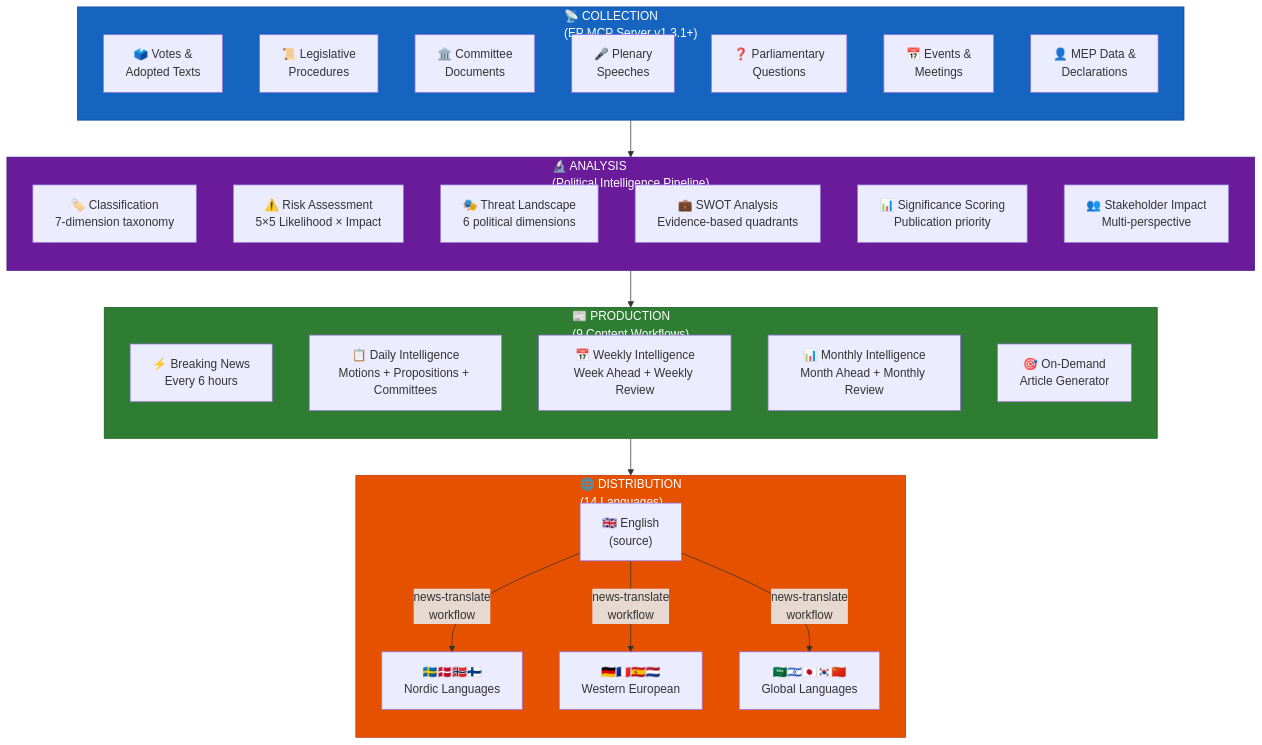
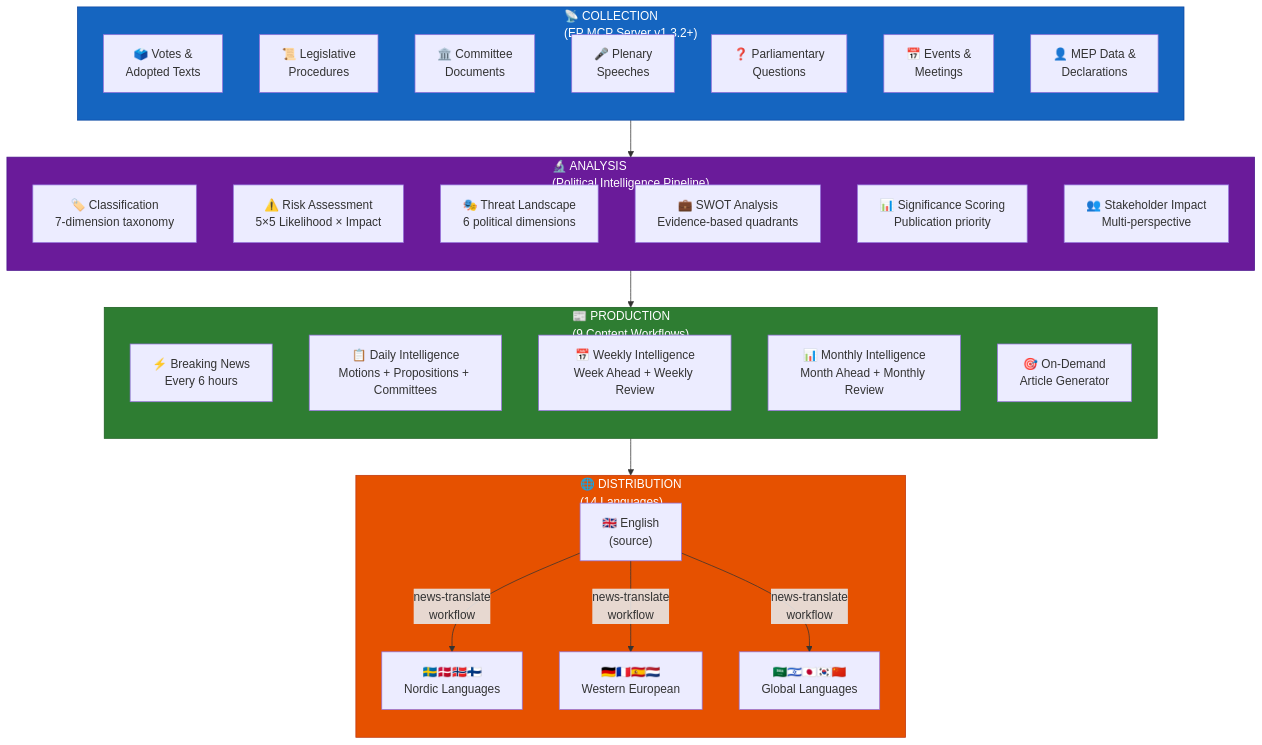
Before and after one commit to Hack23/euparliamentmonitor: diagram 19 of 22 in WORKFLOWS.md, drawn with Mermaid. The commit also changed other lines of this file and 49 other files, not shown here.

First line of the commit message:
docs: bump european-parliament-mcp-server pin to 1.3.2 across workflows, MCP clients, tests, and docs

````diff
--- a/WORKFLOWS.md
+++ b/WORKFLOWS.md
@@ -2032,48 +2032,48 @@
 ```mermaid
 flowchart TD
-    subgraph Collection["📡 COLLECTION<br/>(EP MCP Server v1.3.1+)"]
+    subgraph Collection["📡 COLLECTION<br/>(EP MCP Server v1.3.2+)"]
         direction TB
         C1["🗳️ Votes &<br/>Adopted Texts"]
         C2["📜 Legislative<br/>Procedures"]
         C3["🏛️ Committee<br/>Documents"]
         C4["🎤 Plenary<br/>Speeches"]
         C5["❓ Parliamentary<br/>Questions"]
         C6["📅 Events &<br/>Meetings"]
         C7["👤 MEP Data &<br/>Declarations"]
     end
 
     subgraph Analysis["🔬 ANALYSIS<br/>(Political Intelligence Pipeline)"]
         direction TB
         A1["🏷️ Classification<br/>7-dimension taxonomy"]
         A2["⚠️ Risk Assessment<br/>5×5 Likelihood × Impact"]
         A3["🎭 Threat Landscape<br/>6 political dimensions"]
         A4["💼 SWOT Analysis<br/>Evidence-based quadrants"]
         A5["📊 Significance Scoring<br/>Publication priority"]
         A6["👥 Stakeholder Impact<br/>Multi-perspective"]
     end
 
     subgraph Production["📰 PRODUCTION<br/>(9 Content Workflows)"]
         direction TB
         P1["⚡ Breaking News<br/>Every 6 hours"]
         P2["📋 Daily Intelligence<br/>Motions + Propositions + Committees"]
         P3["📅 Weekly Intelligence<br/>Week Ahead + Weekly Review"]
         P4["📊 Monthly Intelligence<br/>Month Ahead + Monthly Review"]
         P5["🎯 On-Demand<br/>Article Generator"]
     end
 
     subgraph Distribution["🌐 DISTRIBUTION<br/>(14 Languages)"]
         direction TB
         D1["🇬🇧 English<br/>(source)"]
         D2["🇸🇪🇩🇰🇳🇴🇫🇮<br/>Nordic Languages"]
         D3["🇩🇪🇫🇷🇪🇸🇳🇱<br/>Western European"]
         D4["🇸🇦🇮🇱🇯🇵🇰🇷🇨🇳<br/>Global Languages"]
     end
 
     Collection --> Analysis --> Production --> D1
     D1 --> |"news-translate<br/>workflow"| D2 & D3 & D4
 
     style Collection fill:#1565C0,stroke:#0D47A1,color:#FFFFFF
     style Analysis fill:#6A1B9A,stroke:#4A148C,color:#FFFFFF
     style Production fill:#2E7D32,stroke:#1B5E20,color:#FFFFFF
     style Distribution fill:#E65100,stroke:#BF360C,color:#FFFFFF
 ```
````
